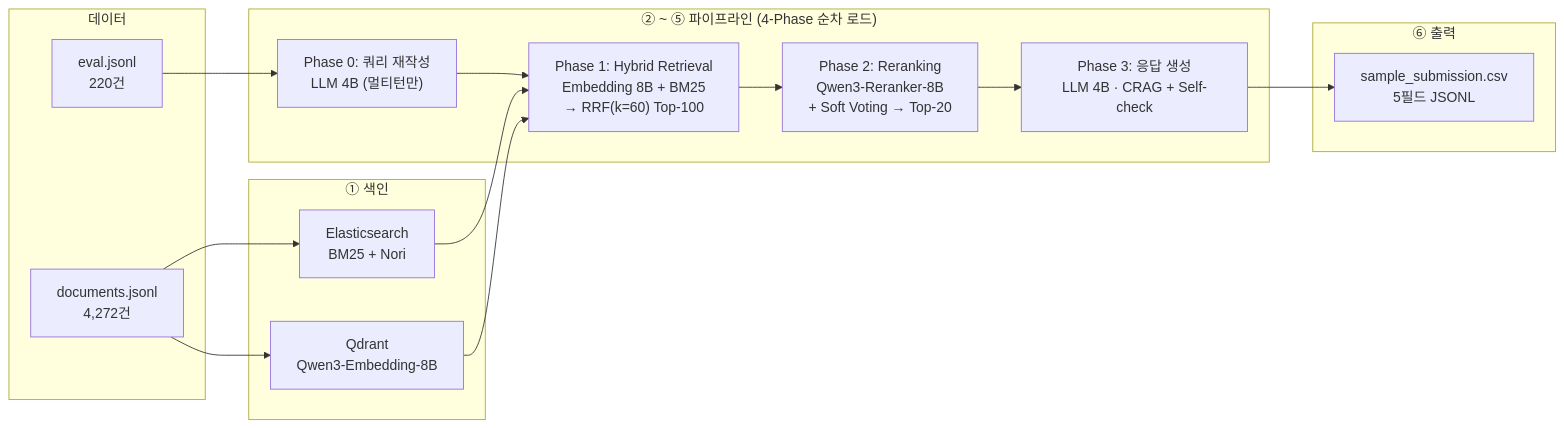
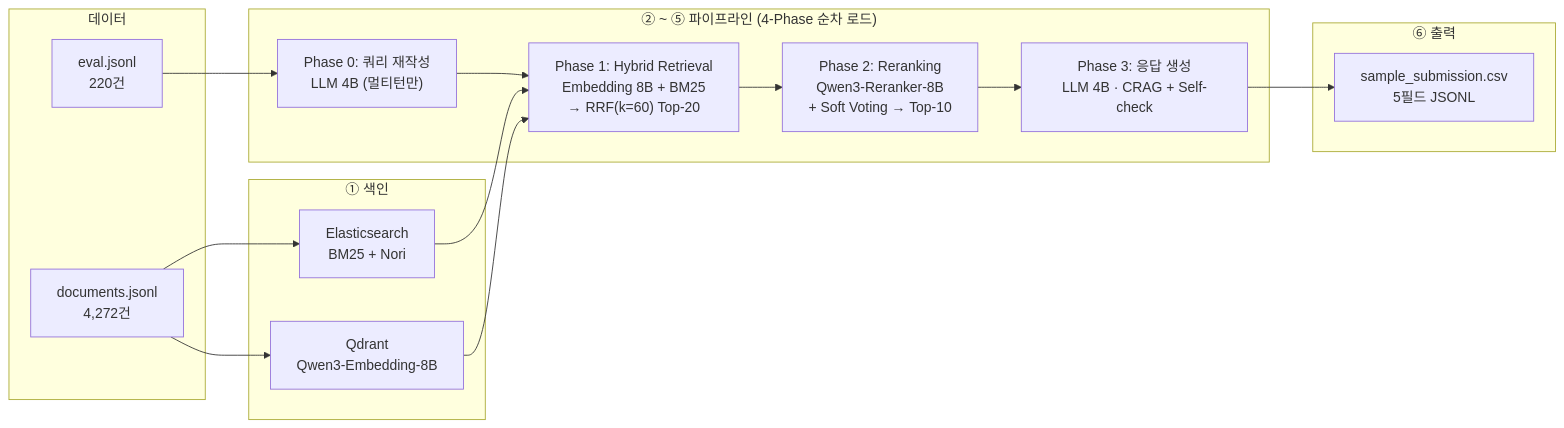
Before and after one commit to WanYoung-Oh/IR_PJT: the diagram in README.md, drawn with Mermaid. The commit also changed other lines of this file and 7 other files, not shown here.

````diff
--- a/README.md
+++ b/README.md
@@ -20,27 +20,27 @@
 ```mermaid
 flowchart LR
     subgraph data ["데이터"]
         D1["documents.jsonl<br>4,272건"]
         D2["eval.jsonl<br>220건"]
     end
 
     subgraph index ["① 색인"]
         ES["Elasticsearch<br>BM25 + Nori"]
         QD["Qdrant<br>Qwen3-Embedding-8B"]
     end
 
     subgraph pipeline ["② ~ ⑤ 파이프라인 (4-Phase 순차 로드)"]
         QP["Phase 0: 쿼리 재작성<br>LLM 4B (멀티턴만)"]
-        RET["Phase 1: Hybrid Retrieval<br>Embedding 8B + BM25<br>→ RRF(k=60) Top-100"]
-        RNK["Phase 2: Reranking<br>Qwen3-Reranker-8B<br>+ Soft Voting → Top-20"]
+        RET["Phase 1: Hybrid Retrieval<br>Embedding 8B + BM25<br>→ RRF(k=60) Top-20"]
+        RNK["Phase 2: Reranking<br>Qwen3-Reranker-8B<br>+ Soft Voting → Top-10"]
         GEN["Phase 3: 응답 생성<br>LLM 4B · CRAG + Self-check"]
     end
 
     subgraph out ["⑥ 출력"]
         SUB["sample_submission.csv<br>5필드 JSONL"]
     end
 
     D1 --> ES & QD
     D2 --> QP --> RET
     ES & QD --> RET --> RNK --> GEN --> SUB
 ```
````
